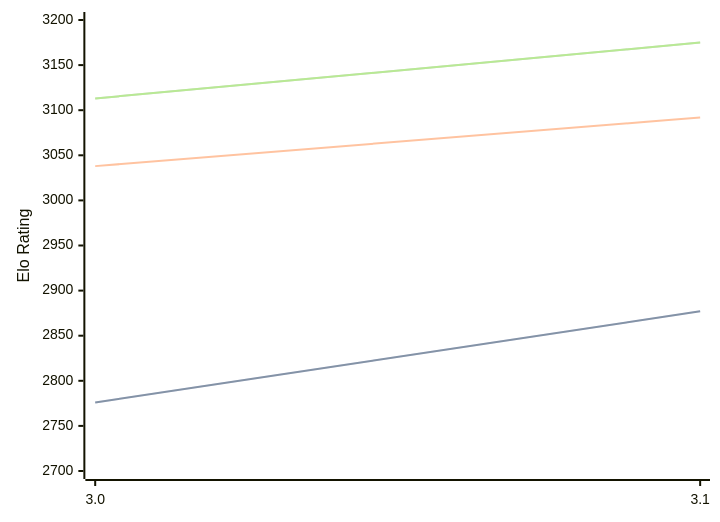
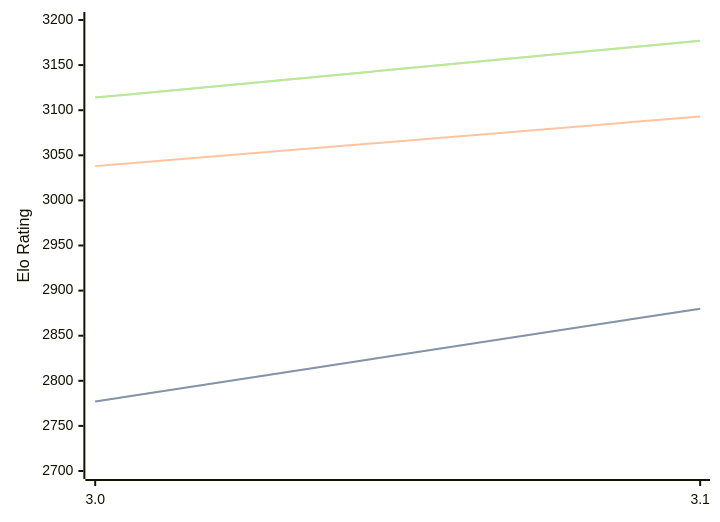
Before and after one commit to computer-chess-index/cci: the diagram in engines/Vajolet2.md, drawn with Mermaid. The commit also changed other lines of this file, not shown here.

Commit message:
Update CCI Ratings (ELO VLTC) - 2026-05-03

````diff
--- a/engines/Vajolet2.md
+++ b/engines/Vajolet2.md
@@ -40,11 +40,11 @@
 ```mermaid
 %%{init: {"theme":"base","themeVariables":{"seriesColors:['#a3a3a3','#222221','#faa371']}}}%%
 xychart-beta
   x-axis ["3.0", "3.1"]
   y-axis "Elo Rating" 2700 --> 3200
-  line "STC (8.0+0.08s)" [2776, 2877]
-  line "STC (8.0+0.08s)" [2776, 2877]
-  line "LTC (60.0+0.60s)" [3038, 3092]
-  line "VLTC (2m24s+1.12s)" [3113, 3175]
-  line "VLTC (2m24s+1.12s)" [3113, 3175]
+  line "STC (8.0+0.08s)" [2777, 2880]
+  line "STC (8.0+0.08s)" [2777, 2880]
+  line "LTC (60.0+0.60s)" [3038, 3093]
+  line "VLTC (2m24s+1.12s)" [3114, 3177]
+  line "VLTC (2m24s+1.12s)" [3114, 3177]
 ```
````
